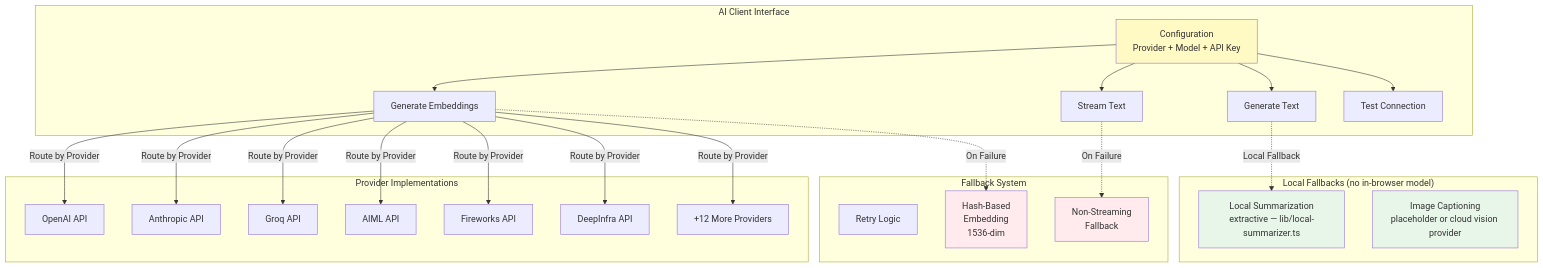
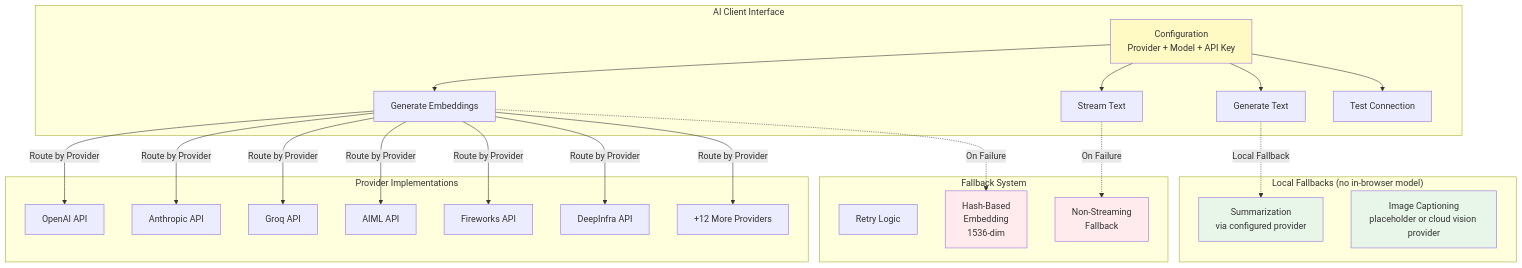
The fourth of 14 diagrams in docs/ARCHITECTURE_FLOWS.md (Kedhareswer/QuantumPDF_ChatApp_VectorDB), drawn with Mermaid before and after one commit. The commit also changed other lines of this file and 119 other files, not shown here.

````diff
--- a/docs/ARCHITECTURE_FLOWS.md
+++ b/docs/ARCHITECTURE_FLOWS.md
@@ -205,54 +204,54 @@
 ```mermaid
 graph TB
     subgraph "AI Client Interface"
         CONFIG[Configuration<br/>Provider + Model + API Key]
         GEN[Generate Embeddings]
         CHAT[Generate Text]
         STREAM[Stream Text]
         TEST[Test Connection]
     end
 
     subgraph "Provider Implementations"
         OAI[OpenAI API]
         ANT[Anthropic API]
         GROQ[Groq API]
         AIML[AIML API]
         FW[Fireworks API]
         DI[DeepInfra API]
         OTHERS[+12 More Providers]
     end
 
     subgraph "Local Fallbacks (no in-browser model)"
-        SUMM[Local Summarization<br/>extractive — lib/local-summarizer.ts]
+        SUMM[Summarization<br/>via configured provider]
         CAPTION[Image Captioning<br/>placeholder or cloud vision provider]
     end
 
     subgraph "Fallback System"
         RETRY[Retry Logic]
         HASHEMB[Hash-Based<br/>Embedding<br/>1536-dim]
         NOSTREAM[Non-Streaming<br/>Fallback]
     end
 
     CONFIG --> GEN
     CONFIG --> CHAT
     CONFIG --> STREAM
     CONFIG --> TEST
 
     GEN -->|Route by Provider| OAI
     GEN -->|Route by Provider| ANT
     GEN -->|Route by Provider| GROQ
     GEN -->|Route by Provider| AIML
     GEN -->|Route by Provider| FW
     GEN -->|Route by Provider| DI
     GEN -->|Route by Provider| OTHERS
 
     GEN -.->|On Failure| HASHEMB
     STREAM -.->|On Failure| NOSTREAM
     CHAT -.->|Local Fallback| SUMM
 
     style CONFIG fill:#fff9c4
     style HASHEMB fill:#ffebee
     style NOSTREAM fill:#ffebee
     style SUMM fill:#e8f5e9
     style CAPTION fill:#e8f5e9
 ```
````
